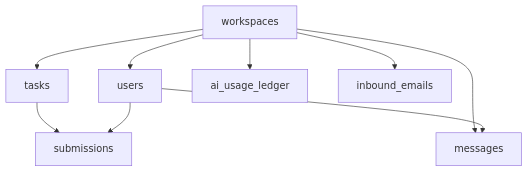
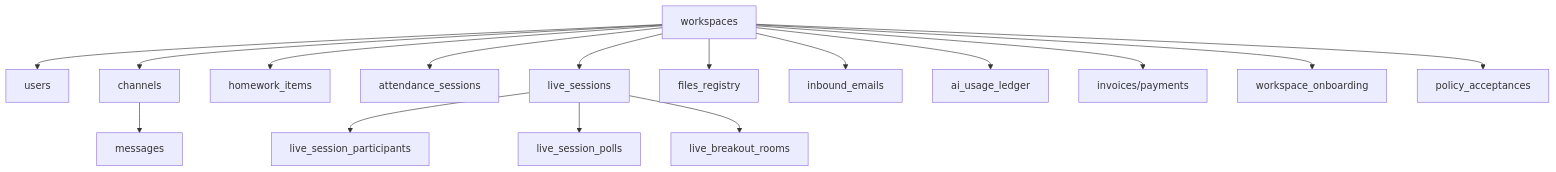
One commit to somdrabb/StudiesTalk changed the diagram in docs/database-schema.md. Above: the diagram before and after it, drawn with Mermaid. The commit also changed other lines of this file and 4 other files, not shown here.

Commit message:
Enhance documentation and system architecture overview

````diff
--- a/docs/database-schema.md
+++ b/docs/database-schema.md
@@ -7,19 +109,35 @@
 ```mermaid
 flowchart TD
   workspaces[workspaces]
   users[users]
-  tasks[tasks]
-  submissions[submissions]
+  channels[channels]
   messages[messages]
-  ai_usage_ledger[ai_usage_ledger]
-  inbound_emails[inbound_emails]
+  homework[homework_items]
+  attendance[attendance_sessions]
+  live[live_sessions]
+  liveParticipants[live_session_participants]
+  polls[live_session_polls]
+  breakouts[live_breakout_rooms]
+  files[files_registry]
+  email[inbound_emails]
+  ai[ai_usage_ledger]
+  billing[invoices/payments]
+  onboarding[workspace_onboarding]
+  policy[policy_acceptances]
 
   workspaces --> users
-  workspaces --> tasks
-  tasks --> submissions
-  users --> submissions
-  workspaces --> messages
-  users --> messages
-  workspaces --> ai_usage_ledger
-  workspaces --> inbound_emails
+  workspaces --> channels
+  channels --> messages
+  workspaces --> homework
+  workspaces --> attendance
+  workspaces --> live
+  live --> liveParticipants
+  live --> polls
+  live --> breakouts
+  workspaces --> files
+  workspaces --> email
+  workspaces --> ai
+  workspaces --> billing
+  workspaces --> onboarding
+  workspaces --> policy
 ```
````
